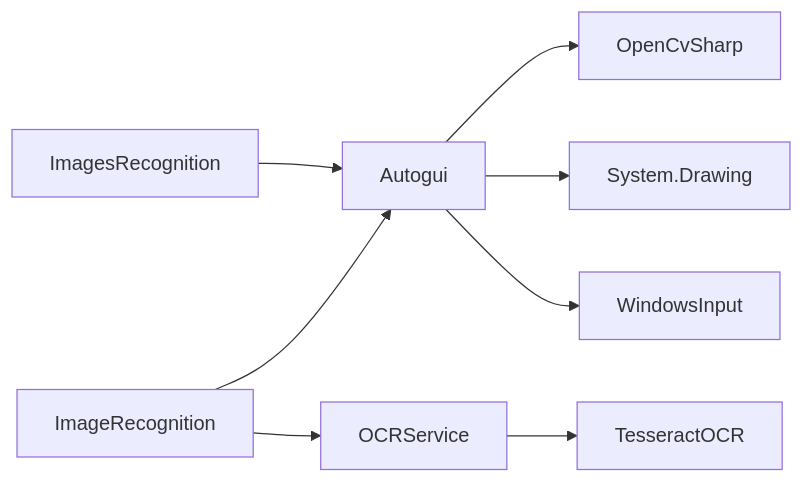
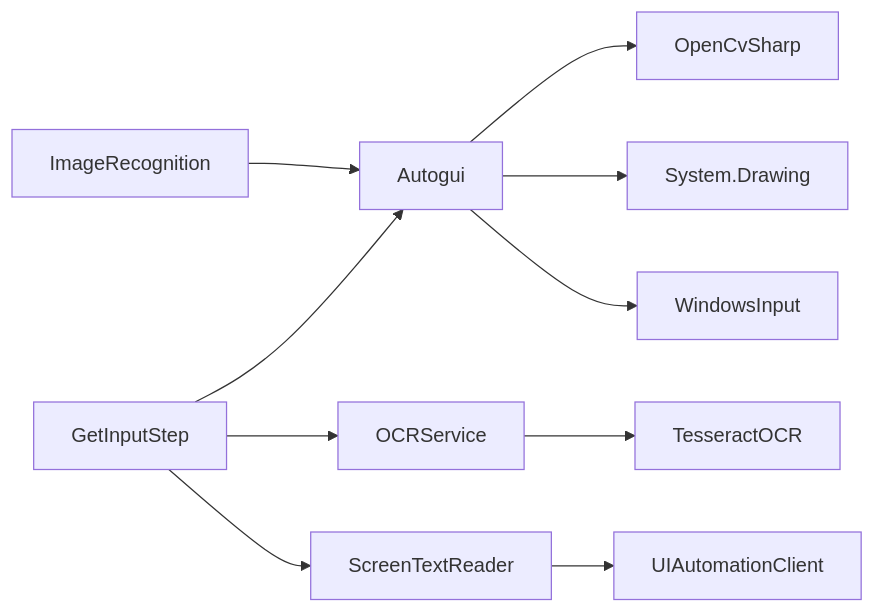
Diagram 11 of 11 in .qoder/repowiki/zh/content/图像识别引擎/图像识别引擎.md (yooxii/ShaoLuAuto), drawn with Mermaid before and after one commit. The commit also changed other lines of this file and 9 other files, not shown here.

````diff
--- a/.qoder/repowiki/zh/content/图像识别引擎/图像识别引擎.md
+++ b/.qoder/repowiki/zh/content/图像识别引擎/图像识别引擎.md
@@ -305,10 +392,12 @@
 ```mermaid
 graph LR
 VM_Find["ImageRecognition"] --> AG["Autogui"]
-VM_Multi["ImagesRecognition"] --> AG
+VM_GetInput["GetInputStep"] --> AG
+VM_GetInput --> OCR["OCRService"]
+VM_GetInput --> UIA["ScreenTextReader"]
 AG --> OpenCV["OpenCvSharp"]
 AG --> GDI["System.Drawing"]
 AG --> Input["WindowsInput"]
-VM_Find --> OCR["OCRService"]
 OCR --> Tess["TesseractOCR"]
+UIA --> UIA_Client["UIAutomationClient"]
 ```
````
